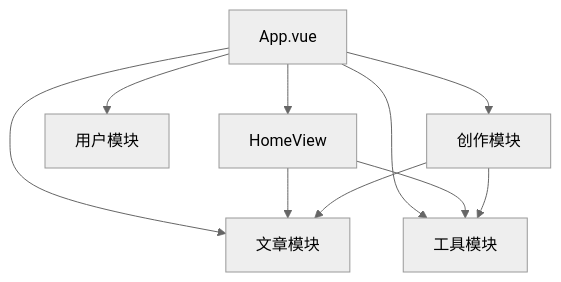
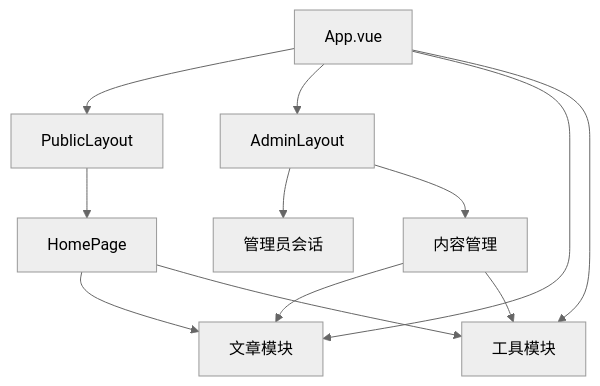
The second of 2 diagrams in blog-frontend/docs/设计规范文档.md (meng-zw/blog), drawn with Mermaid (neutral theme) before and after one commit. The commit also changed other lines of this file and 231 other files, not shown here.

````diff
--- a/blog-frontend/docs/设计规范文档.md
+++ b/blog-frontend/docs/设计规范文档.md
@@ -114,13 +123,15 @@
 ```mermaid
 graph TD
-    App[App.vue] --> Home[HomeView]
+    App[App.vue] --> Public[PublicLayout]
+    App --> Admin[AdminLayout]
+    Public --> Home[HomePage]
     App --> Article[文章模块]
     App --> Tool[工具模块]
-    App --> User[用户模块]
-    App --> Write[创作模块]
+    Admin --> Session[管理员会话]
+    Admin --> Editor[内容管理]
     
     Home --> Article
     Home --> Tool
-    Write --> Article
-    Write --> Tool
+    Editor --> Article
+    Editor --> Tool
 ```
````
